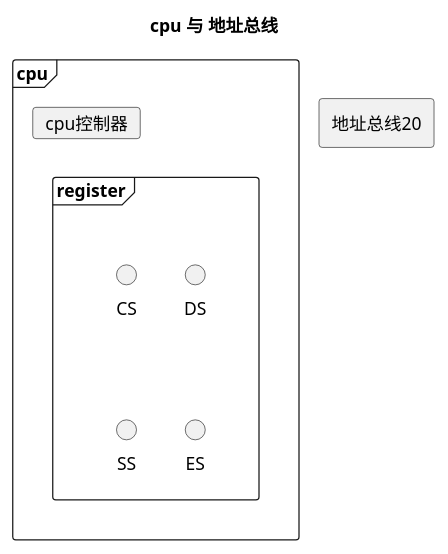
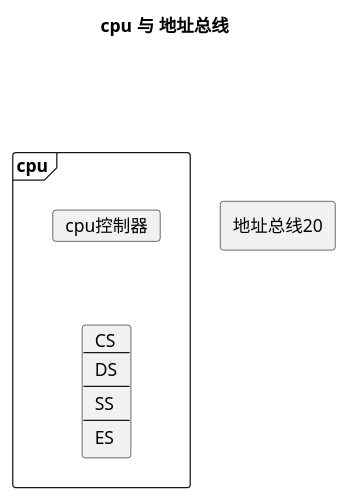
One commit to clay9/blog changed the diagram in org/os/os/memory_01.org. Above: the diagram before and after it, drawn with PlantUML. The commit also changed 6 other files, not shown here.

```diff
--- a/org/os/os/memory_01.org
+++ b/org/os/os/memory_01.org
@@ -35,32 +35,37 @@
   #+begin_src plantuml :exports results :eval no-export :file segment_reigster.png
     @startuml
     /'
     line direct:  -le|ri|up|do->
     line style :  #line:color;line.[bold|dashed|dotted];text:color
     '/
 
     'top to bottom direction
     'left to right direction
 
     'skinparam linetype polyline
     'skinparam linetype ortho
 
     skinparam nodesep 1
 
     title cpu 与 地址总线
 
     frame cpu {
         card cpu控制器 as c
-        frame register {
-            interface CS 
-            interface DS
-            interface SS
-            interface ES        
-        }
+        card register [
+        CS
+        ----
+        DS
+        ---
+        SS 
+        ----
+        ES
+        ]
         c -[hidden]-> register
     }
 
-    agent 地址总线20
+    agent 地址总线20 as addr
+
+    cpu -ri[hidden]-> addr
 
     @enduml
   #+end_src
```
